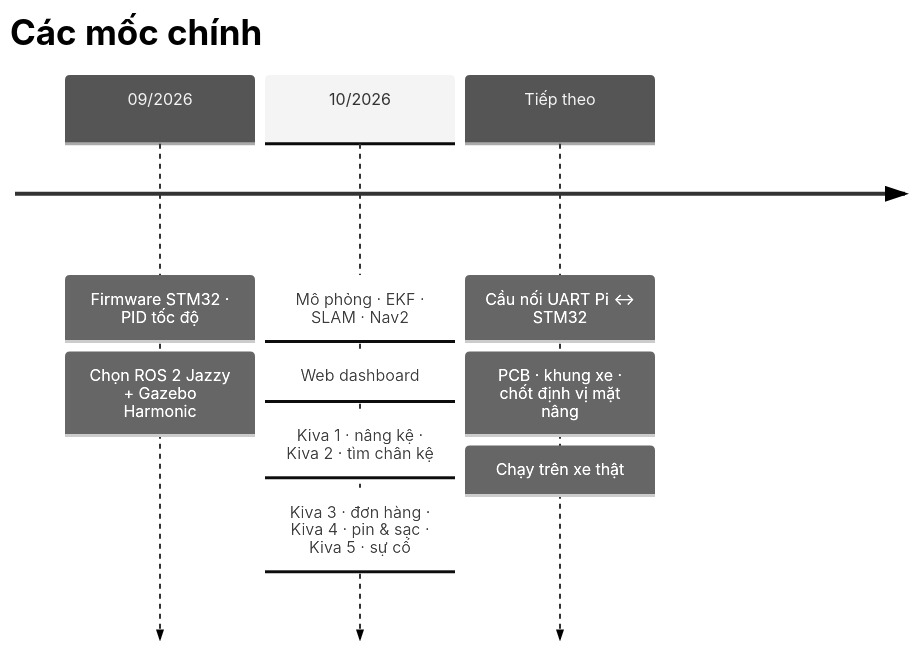
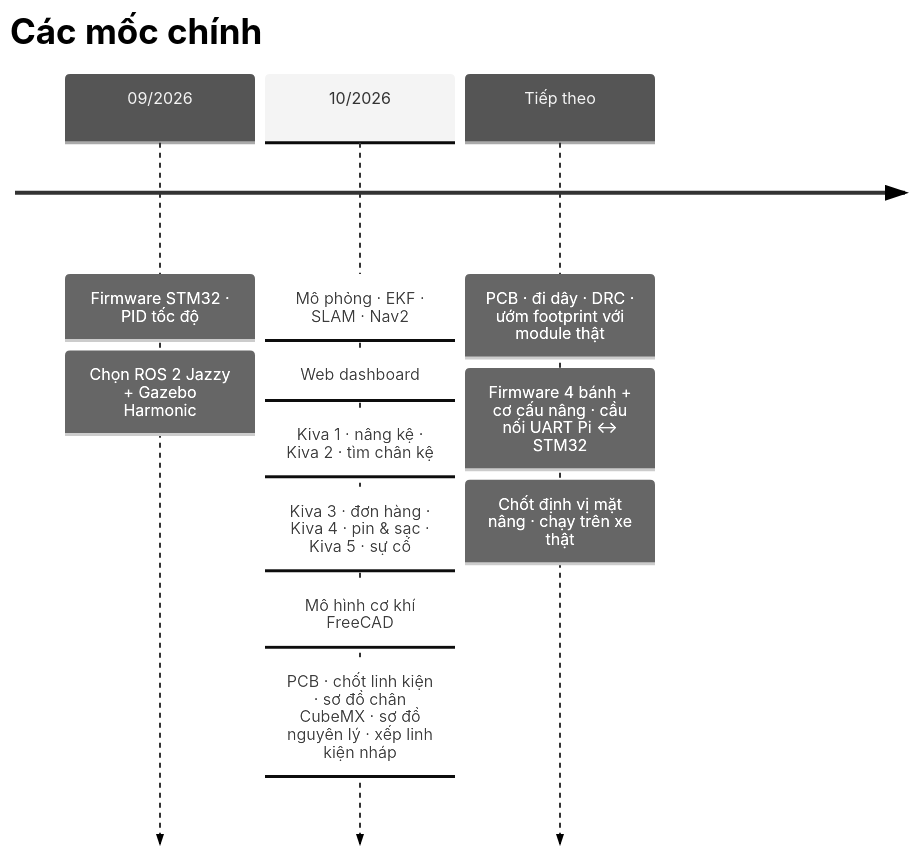
Before and after one commit to VQ-Vinh/DA2-Robot-AGV: the seventh of 8 diagrams in README.md, drawn with Mermaid (neutral theme). The commit also changed other lines of this file, not shown here.

First line of the commit message:
docs(readme): update hardware, timeline and repo structure after CAD and PCB work

````diff
--- a/README.md
+++ b/README.md
@@ -177,13 +179,15 @@
 ```mermaid
 timeline
     title Các mốc chính
     09/2026 : Firmware STM32 · PID tốc độ
             : Chọn ROS 2 Jazzy + Gazebo Harmonic
     10/2026 : Mô phỏng · EKF · SLAM · Nav2
             : Web dashboard
             : Kiva 1 · nâng kệ · Kiva 2 · tìm chân kệ
             : Kiva 3 · đơn hàng · Kiva 4 · pin & sạc · Kiva 5 · sự cố
-    Tiếp theo : Cầu nối UART Pi ↔ STM32
-              : PCB · khung xe · chốt định vị mặt nâng
-              : Chạy trên xe thật
+            : Mô hình cơ khí FreeCAD
+            : PCB · chốt linh kiện · sơ đồ chân CubeMX · sơ đồ nguyên lý · xếp linh kiện nháp
+    Tiếp theo : PCB · đi dây · DRC · ướm footprint với module thật
+              : Firmware 4 bánh + cơ cấu nâng · cầu nối UART Pi ↔ STM32
+              : Chốt định vị mặt nâng · chạy trên xe thật
 ```
````
